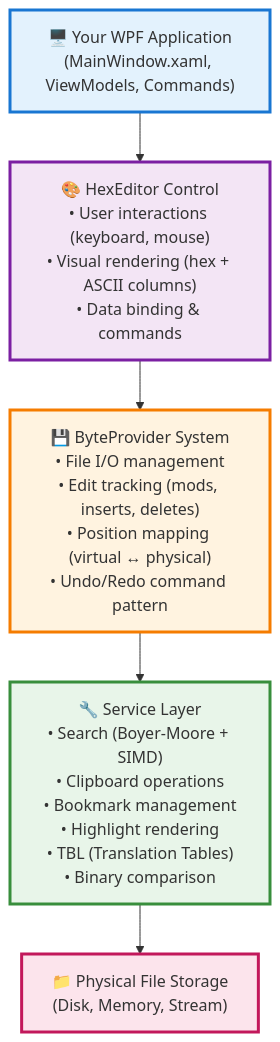
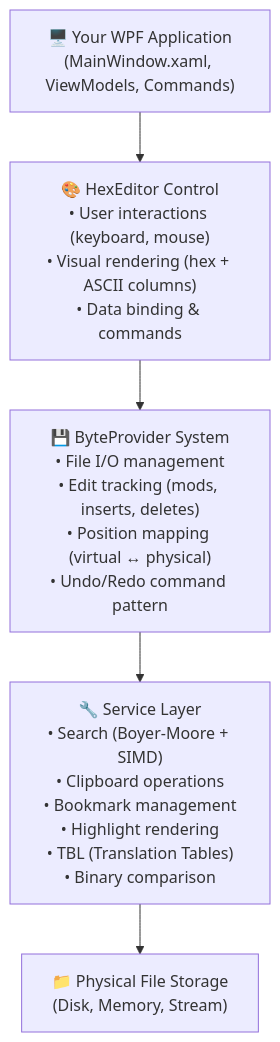
The third of 5 diagrams in docs/wiki/Architecture-Overview.md (abbaye/WpfHexEditorIDE), drawn with Mermaid before and after one commit. The commit also changed other lines of this file and 7 other files, not shown here.

````diff
--- a/docs/wiki/Architecture-Overview.md
+++ b/docs/wiki/Architecture-Overview.md
@@ -17,23 +82,17 @@
 ```mermaid
 flowchart TD
-    App["🖥️ Your WPF Application<br/>(MainWindow.xaml, ViewModels, Commands)"]
+    App["🖥️ Your WPF Application\n(MainWindow.xaml, ViewModels, Commands)"]
 
-    Control["🎨 HexEditor Control<br/>• User interactions (keyboard, mouse)<br/>• Visual rendering (hex + ASCII columns)<br/>• Data binding & commands"]
+    Control["🎨 HexEditor Control\n• User interactions (keyboard, mouse)\n• Visual rendering (hex + ASCII columns)\n• Data binding & commands"]
 
-    Provider["💾 ByteProvider System<br/>• File I/O management<br/>• Edit tracking (mods, inserts, deletes)<br/>• Position mapping (virtual ↔ physical)<br/>• Undo/Redo command pattern"]
+    Provider["💾 ByteProvider System\n• File I/O management\n• Edit tracking (mods, inserts, deletes)\n• Position mapping (virtual ↔ physical)\n• Undo/Redo command pattern"]
 
-    Services["🔧 Service Layer<br/>• Search (Boyer-Moore + SIMD)<br/>• Clipboard operations<br/>• Bookmark management<br/>• Highlight rendering<br/>• TBL (Translation Tables)<br/>• Binary comparison"]
+    Services["🔧 Service Layer\n• Search (Boyer-Moore + SIMD)\n• Clipboard operations\n• Bookmark management\n• Highlight rendering\n• TBL (Translation Tables)\n• Binary comparison"]
 
-    Storage["📁 Physical File Storage<br/>(Disk, Memory, Stream)"]
+    Storage["📁 Physical File Storage\n(Disk, Memory, Stream)"]
 
     App --> Control
     Control --> Provider
     Provider --> Services
     Services --> Storage
-
-    style App fill:#e3f2fd,stroke:#1976d2,stroke-width:3px
-    style Control fill:#f3e5f5,stroke:#7b1fa2,stroke-width:3px
-    style Provider fill:#fff3e0,stroke:#f57c00,stroke-width:3px
-    style Services fill:#e8f5e9,stroke:#388e3c,stroke-width:3px
-    style Storage fill:#fce4ec,stroke:#c2185b,stroke-width:3px
 ```
````
